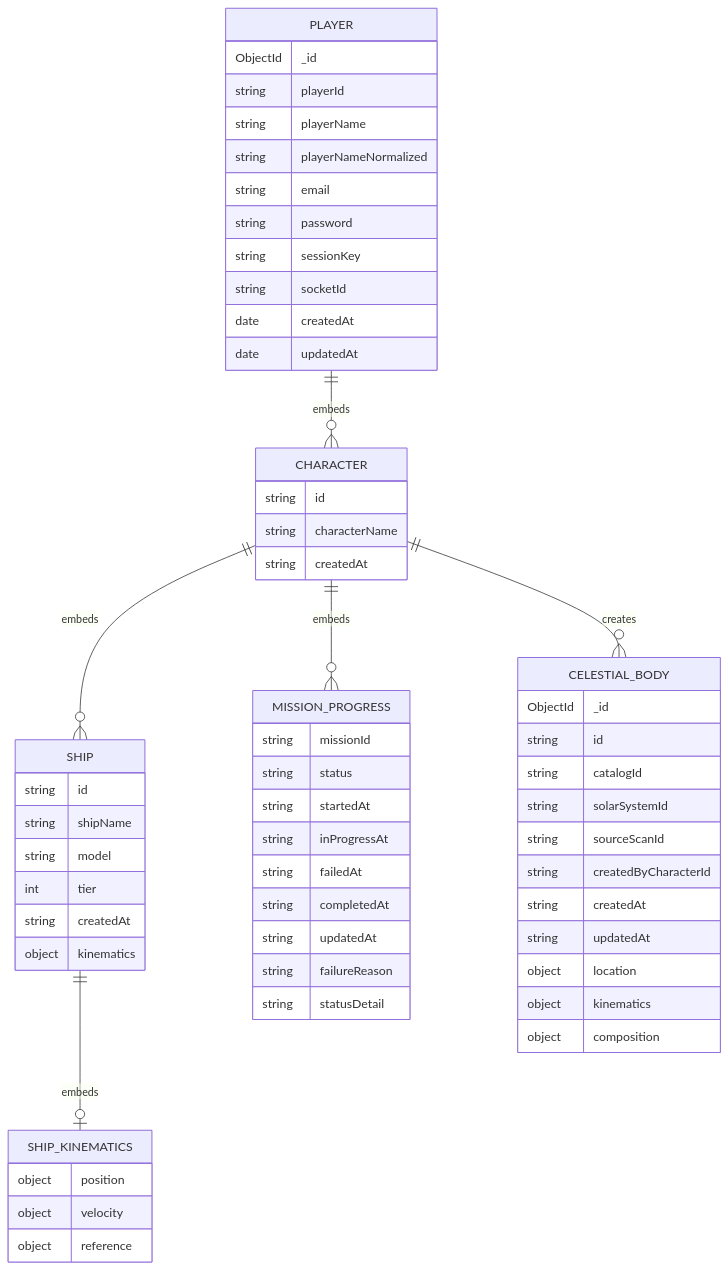
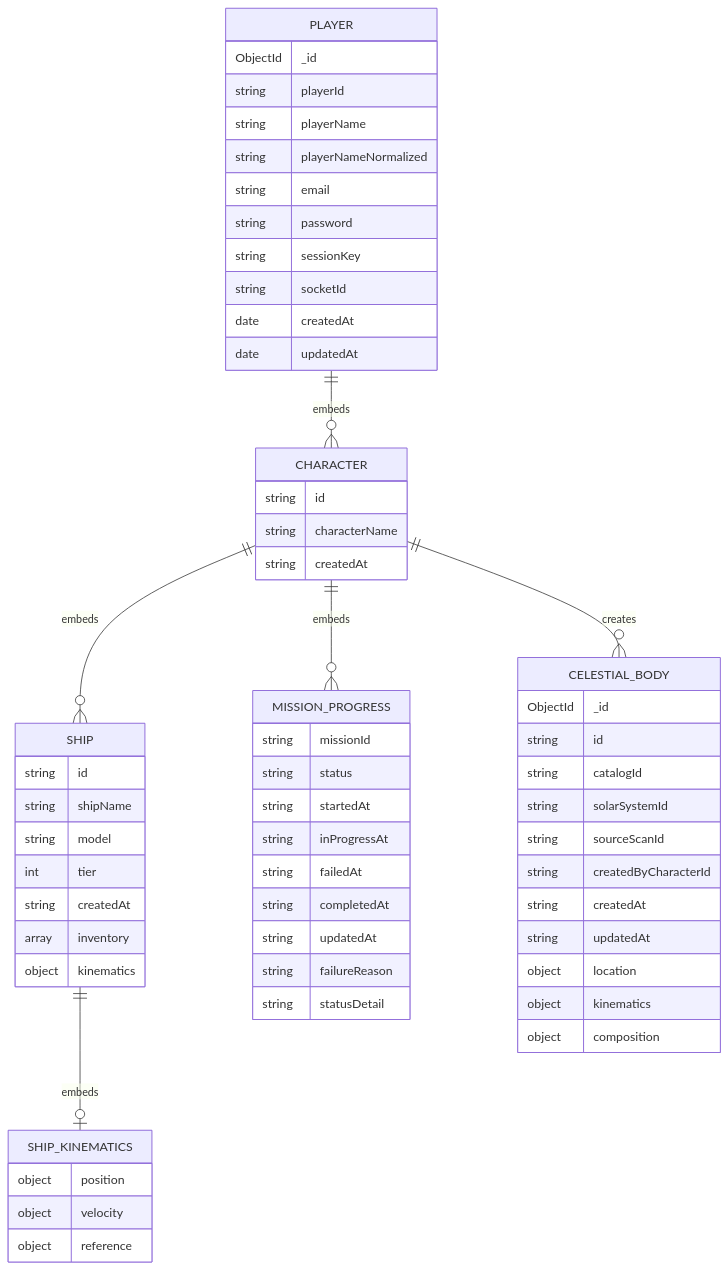
The diagram in MONGODB_SCHEMA.md (qagwaai/solid-train), drawn with Mermaid before and after one commit. The commit also changed other lines of this file and 4 other files, not shown here.

````diff
--- a/MONGODB_SCHEMA.md
+++ b/MONGODB_SCHEMA.md
@@ -22,68 +22,69 @@
 ```mermaid
 erDiagram
   PLAYER ||--o{ CHARACTER : embeds
   CHARACTER ||--o{ SHIP : embeds
   CHARACTER ||--o{ MISSION_PROGRESS : embeds
   CHARACTER ||--o{ CELESTIAL_BODY : creates
   SHIP ||--o| SHIP_KINEMATICS : embeds
 
   PLAYER {
     ObjectId _id
     string playerId
     string playerName
     string playerNameNormalized
     string email
     string password
     string sessionKey
     string socketId
     date createdAt
     date updatedAt
   }
 
   CHARACTER {
     string id
     string characterName
     string createdAt
   }
 
   MISSION_PROGRESS {
     string missionId
     string status
     string startedAt
     string inProgressAt
     string failedAt
     string completedAt
     string updatedAt
     string failureReason
     string statusDetail
   }
 
   SHIP {
     string id
     string shipName
     string model
     int tier
     string createdAt
+    array inventory
     object kinematics
   }
 
   SHIP_KINEMATICS {
     object position
     object velocity
     object reference
   }
 
   CELESTIAL_BODY {
     ObjectId _id
     string id
     string catalogId
     string solarSystemId
     string sourceScanId
     string createdByCharacterId
     string createdAt
     string updatedAt
     object location
     object kinematics
     object composition
   }
 ```
````
